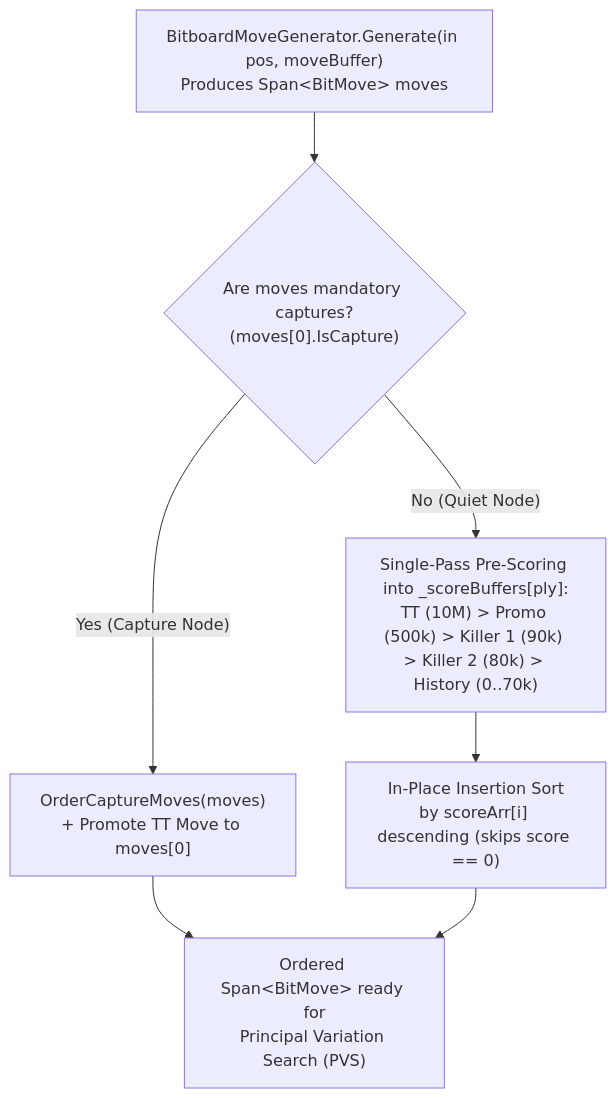
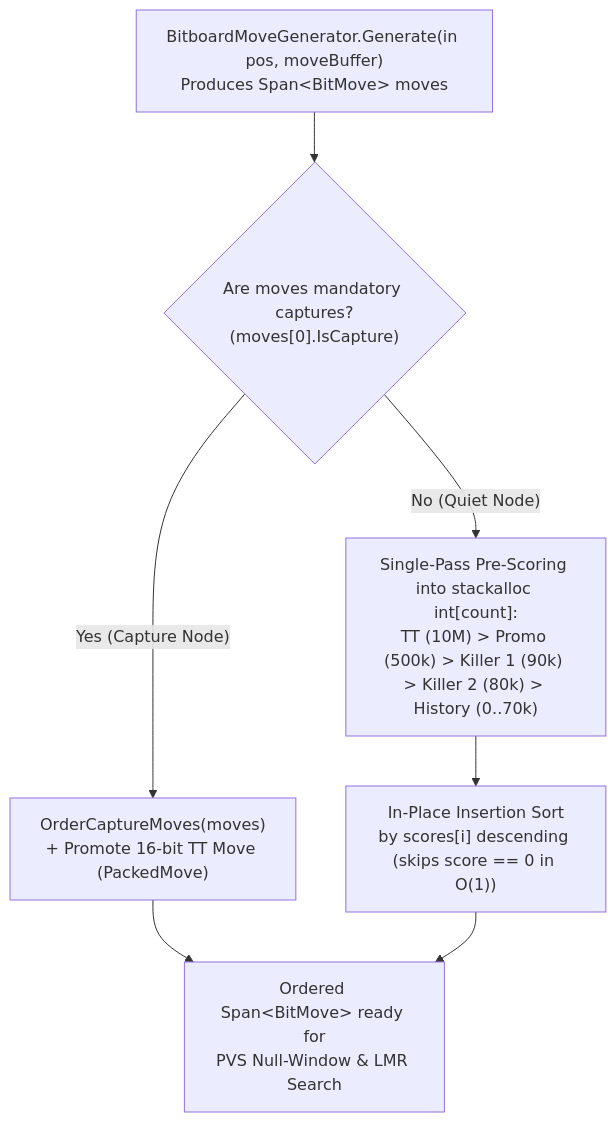
Before and after one commit to cjp-dev/Checkers: the diagram in docs/brain/06-move-ordering.md, drawn with Mermaid. The commit also changed other lines of this file and 17 other files, not shown here.

````diff
--- a/docs/brain/06-move-ordering.md
+++ b/docs/brain/06-move-ordering.md
@@ -21,9 +23,9 @@
 ```mermaid
 flowchart TD
     Gen["BitboardMoveGenerator.Generate(in pos, moveBuffer)<br/>Produces Span&lt;BitMove&gt; moves"] --> CapCheck{"Are moves mandatory captures?<br/>(moves[0].IsCapture)"}
-    CapCheck -- "Yes (Capture Node)" --> CapSort["OrderCaptureMoves(moves)<br/>+ Promote TT Move to moves[0]"]
-    CapCheck -- "No (Quiet Node)" --> ScorePass["Single-Pass Pre-Scoring into _scoreBuffers[ply]:<br/>TT (10M) > Promo (500k) > Killer 1 (90k) > Killer 2 (80k) > History (0..70k)"]
-    ScorePass --> Sort["In-Place Insertion Sort<br/>by scoreArr[i] descending (skips score == 0)"]
-    CapSort --> Ready["Ordered Span&lt;BitMove&gt; ready for<br/>Principal Variation Search (PVS)"]
+    CapCheck -- "Yes (Capture Node)" --> CapSort["OrderCaptureMoves(moves)<br/>+ Promote 16-bit TT Move (PackedMove)"]
+    CapCheck -- "No (Quiet Node)" --> ScorePass["Single-Pass Pre-Scoring into stackalloc int[count]:<br/>TT (10M) > Promo (500k) > Killer 1 (90k) > Killer 2 (80k) > History (0..70k)"]
+    ScorePass --> Sort["In-Place Insertion Sort<br/>by scores[i] descending (skips score == 0 in O(1))"]
+    CapSort --> Ready["Ordered Span&lt;BitMove&gt; ready for<br/>PVS Null-Window &amp; LMR Search"]
     Sort --> Ready
 ```
````
